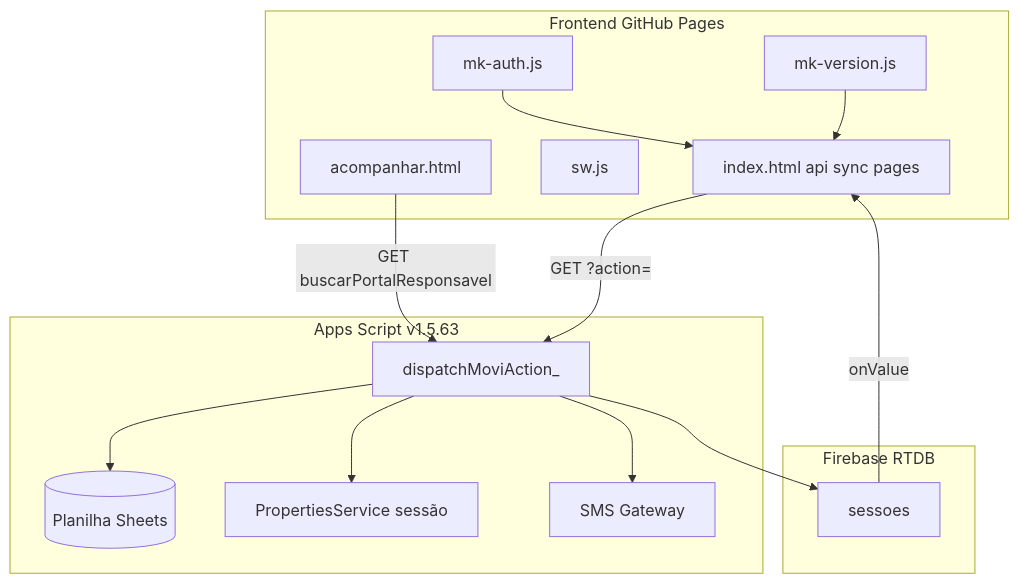
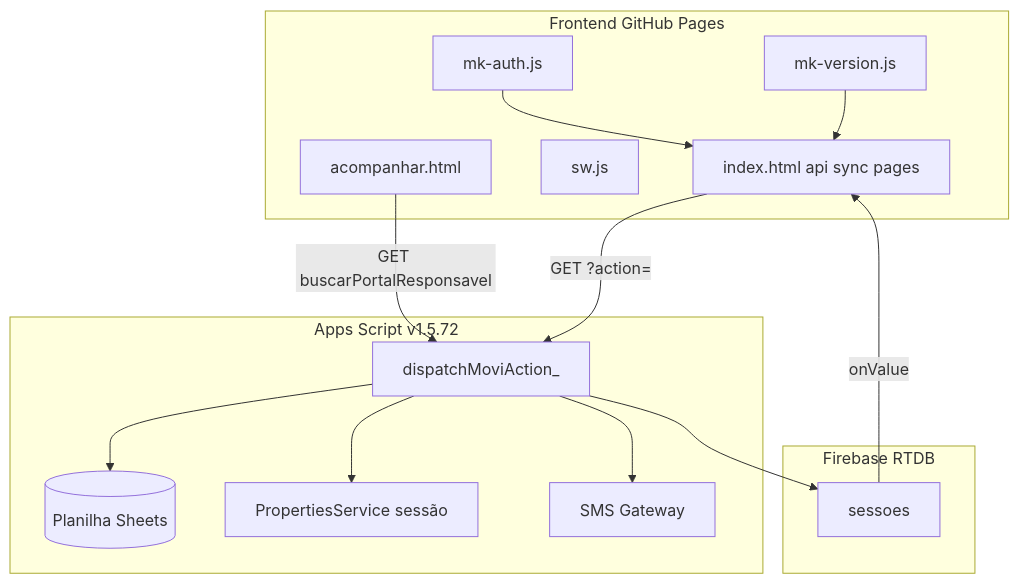
One commit to ribocg-a11y/movikids changed the first of 2 diagrams in docs/ativos/MAPA_CODIGO_ARQUITETURA.md. Above: the diagram before and after it, drawn with Mermaid. The commit also changed other lines of this file and 21 other files, not shown here.

````diff
--- a/docs/ativos/MAPA_CODIGO_ARQUITETURA.md
+++ b/docs/ativos/MAPA_CODIGO_ARQUITETURA.md
@@ -84,28 +84,28 @@
 ```mermaid
 flowchart TB
   subgraph FE["Frontend GitHub Pages"]
     MV[mk-version.js]
     AUTH[mk-auth.js]
     IDX[index.html api sync pages]
     SW[sw.js]
     PORT[acompanhar.html]
   end
-  subgraph GAS["Apps Script v1.5.63"]
+  subgraph GAS["Apps Script v1.5.72"]
     RT[dispatchMoviAction_]
     SH[(Planilha Sheets)]
     PS[PropertiesService sessão]
     SMS[SMS Gateway]
   end
   subgraph RTDB["Firebase RTDB"]
     SESS[sessoes]
   end
   MV --> IDX
   AUTH --> IDX
   IDX -->|GET ?action=| RT
   RT --> SH
   RT --> PS
   RT --> SMS
   RT --> SESS
   SESS -->|onValue| IDX
   PORT -->|GET buscarPortalResponsavel| RT
 ```
````
